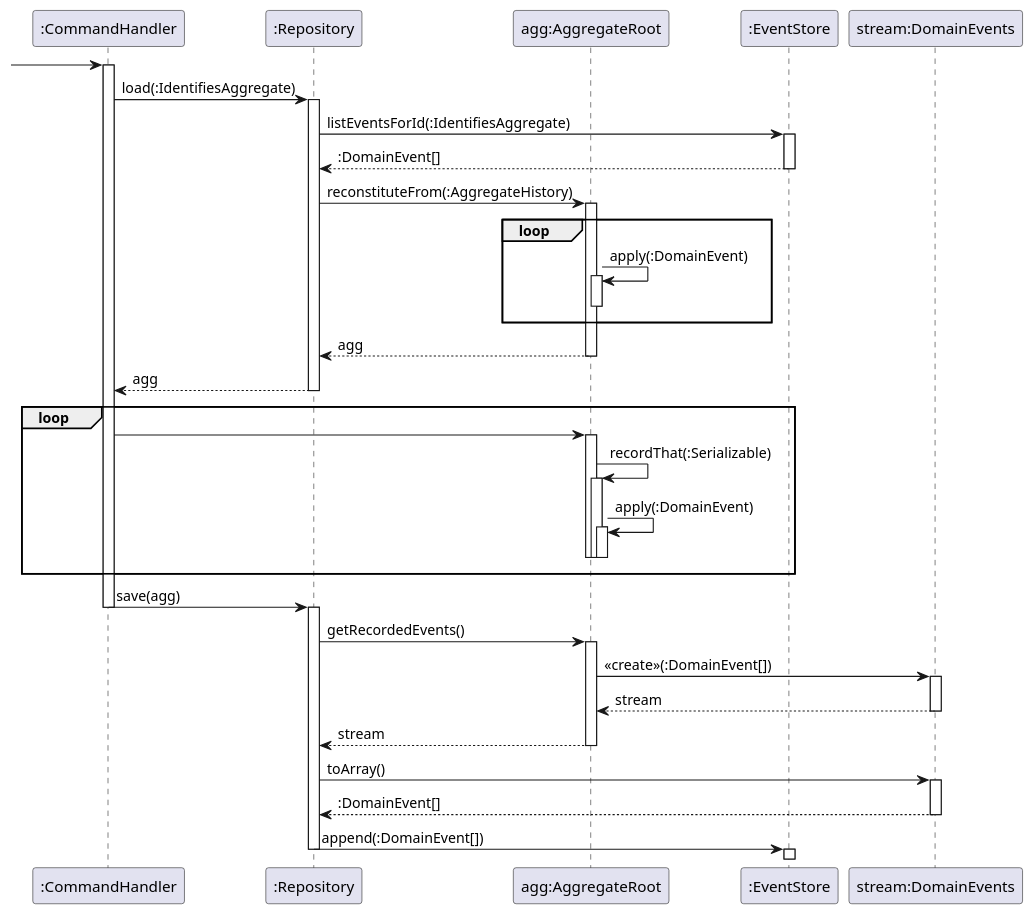
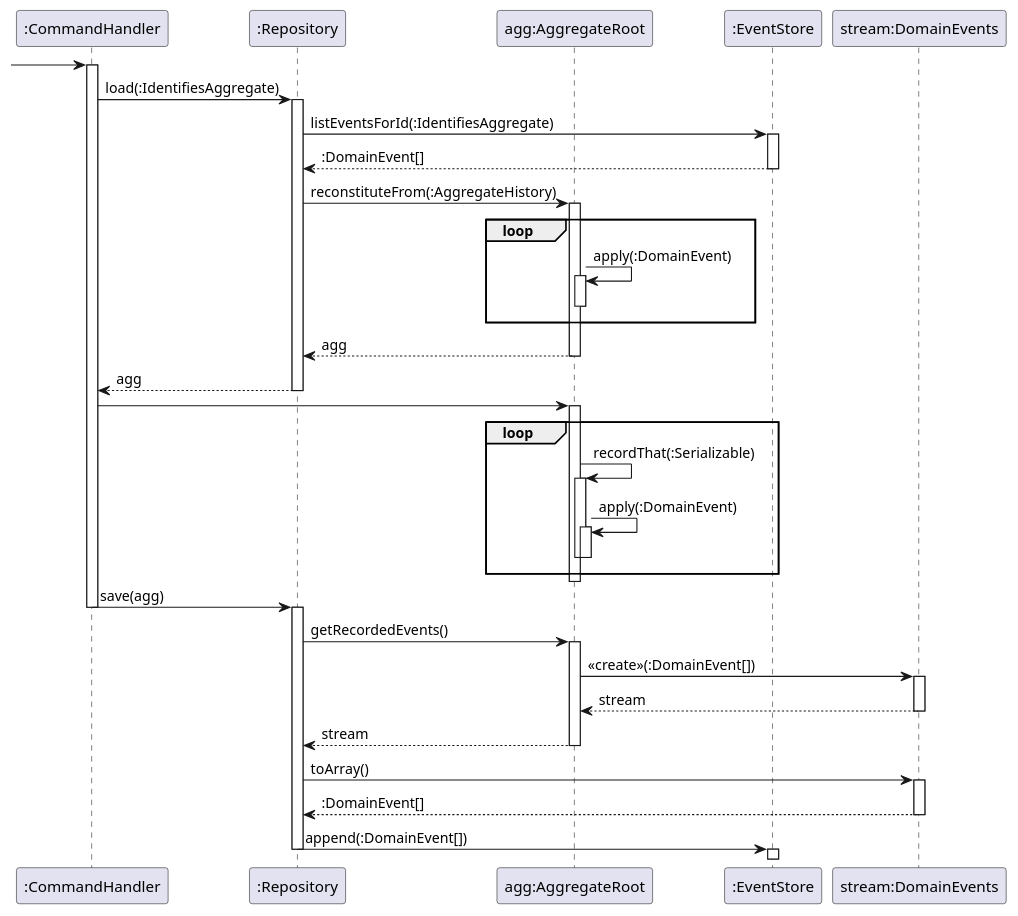
The diagram in doc/handling-commands.puml (Hendrik26/InvoiceCore), drawn with PlantUML before and after one commit.

Commit message:
Improve sequence diagram for command handling

```diff
--- a/doc/handling-commands.puml
+++ b/doc/handling-commands.puml
@@ -1,56 +1,56 @@
 @startuml
 participant ":CommandHandler" as CoHa
 participant ":Repository" as Repo
 participant "agg:AggregateRoot" as AgRt
 participant ":EventStore" as EvSt
 participant "stream:DomainEvents" as DoEv
 -> CoHa
 activate CoHa
-CoHa -> Repo: load(:IdentifiesAggregate)
-activate Repo
-Repo -> EvSt: listEventsForId(:IdentifiesAggregate)
-activate EvSt
-Repo <-- EvSt: :DomainEvent[]
-deactivate EvSt
-Repo -> AgRt: reconstituteFrom(:AggregateHistory)
-activate AgRt
-loop
-AgRt -> AgRt: apply(:DomainEvent)
-activate AgRt
-deactivate AgRt
-end
-Repo <-- AgRt: agg
-deactivate AgRt
-CoHa <-- Repo: agg
-deactivate Repo
-loop
-CoHa -> AgRt
-activate AgRt
-AgRt -> AgRt: recordThat(:Serializable)
-activate AgRt
-AgRt -> AgRt: apply(:DomainEvent)
-activate AgRt
-deactivate AgRt
-deactivate AgRt
-deactivate AgRt
-end
-CoHa -> Repo: save(agg)
+	CoHa -> Repo: load(:IdentifiesAggregate)
+	activate Repo
+		Repo -> EvSt: listEventsForId(:IdentifiesAggregate)
+		activate EvSt
+			Repo <-- EvSt: :DomainEvent[]
+		deactivate EvSt
+		Repo -> AgRt: reconstituteFrom(:AggregateHistory)
+		activate AgRt
+			loop
+				AgRt -> AgRt: apply(:DomainEvent)
+				activate AgRt
+				deactivate AgRt
+			end
+			Repo <-- AgRt: agg
+		deactivate AgRt
+		CoHa <-- Repo: agg
+	deactivate Repo
+	CoHa -> AgRt
+		activate AgRt
+		loop
+			AgRt -> AgRt: recordThat(:Serializable)
+			activate AgRt
+				AgRt -> AgRt: apply(:DomainEvent)
+				activate AgRt
+				deactivate AgRt
+			deactivate AgRt
+		end
+		deactivate AgRt
+	CoHa -> Repo: save(agg)
 deactivate CoHa
 activate Repo
-Repo -> AgRt: getRecordedEvents()
-activate AgRt
-AgRt -> DoEv: <<create>>(:DomainEvent[])
-activate DoEv
-AgRt <-- DoEv: stream
-deactivate DoEv
-Repo <-- AgRt: stream
-deactivate AgRt
-Repo -> DoEv: toArray()
-activate DoEv
-Repo <-- DoEv: :DomainEvent[]
-deactivate DoEv
-Repo -> EvSt: append(:DomainEvent[])
+	Repo -> AgRt: getRecordedEvents()
+	activate AgRt
+		AgRt -> DoEv: <<create>>(:DomainEvent[])
+		activate DoEv
+			AgRt <-- DoEv: stream
+		deactivate DoEv
+		Repo <-- AgRt: stream
+	deactivate AgRt
+	Repo -> DoEv: toArray()
+	activate DoEv
+		Repo <-- DoEv: :DomainEvent[]
+	deactivate DoEv
+	Repo -> EvSt: append(:DomainEvent[])
 deactivate Repo
 activate EvSt
 deactivate EvSt
 @enduml
```
